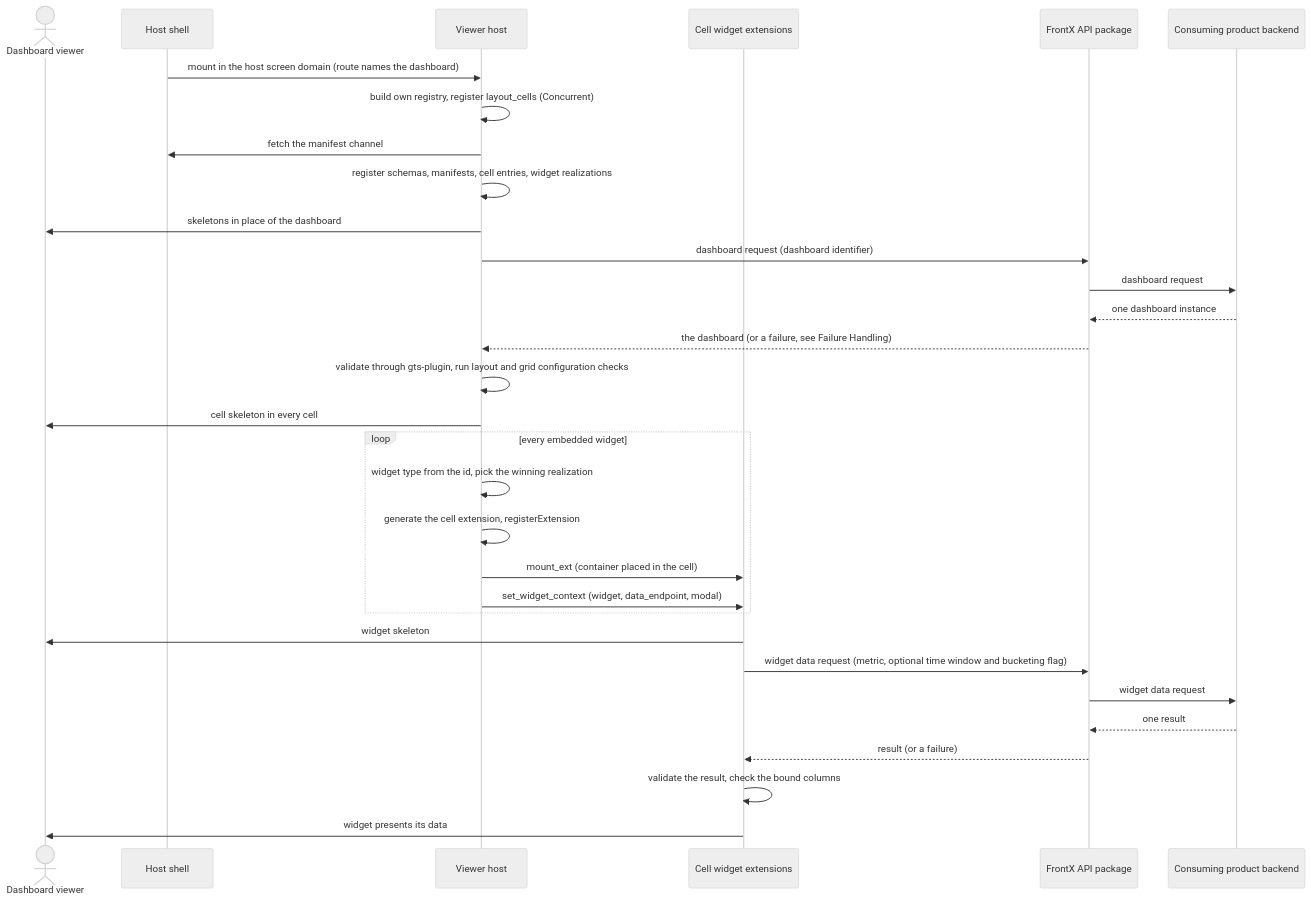
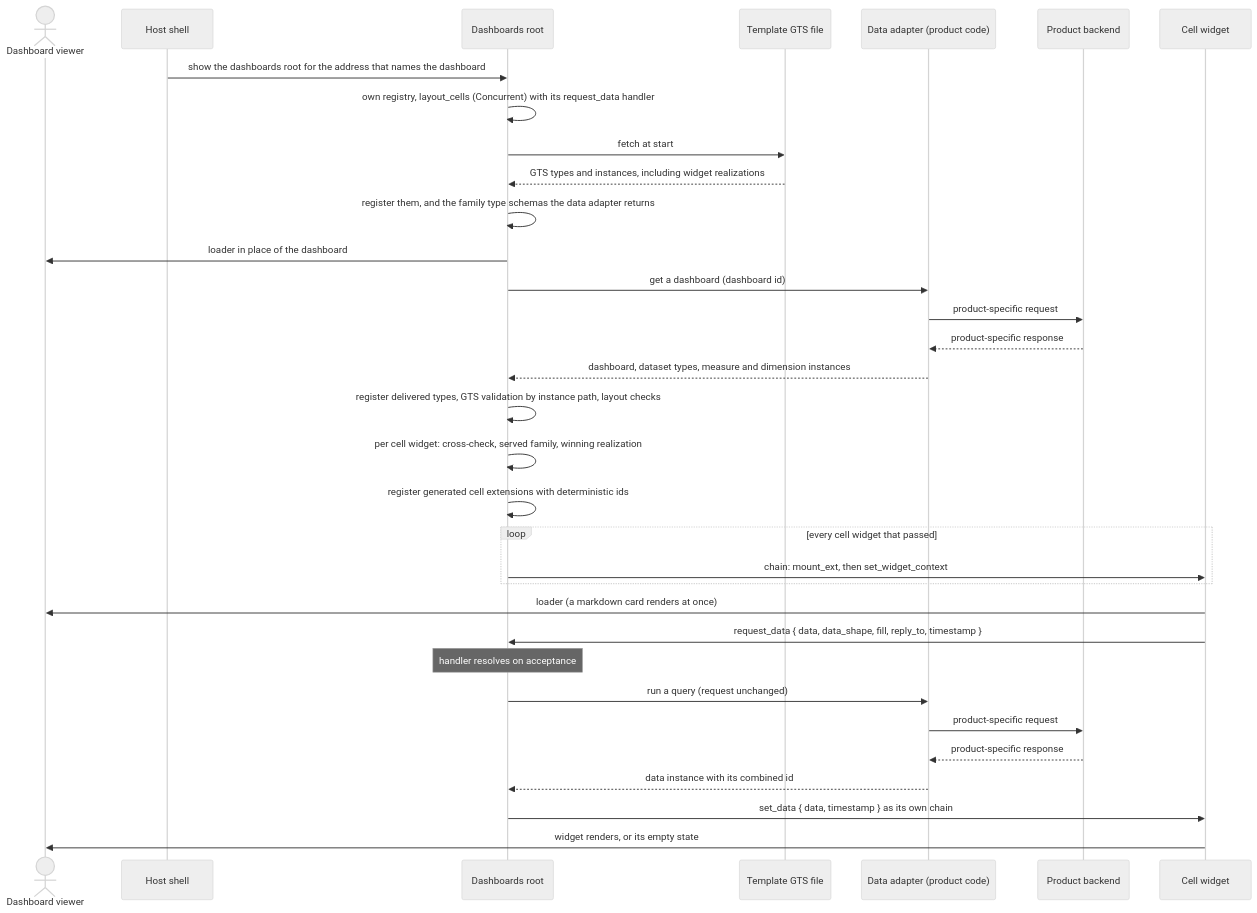
Before and after one commit to AndrejK666/gears-frontx-templates: the third of 11 diagrams in template-dashboard/architecture/DESIGN.md, drawn with Mermaid (neutral theme). The commit also changed other lines of this file and 25 other files, not shown here.

Commit message:
docs: sdlc updated with the declarative data query

````diff
--- a/template-dashboard/architecture/DESIGN.md
+++ b/template-dashboard/architecture/DESIGN.md
@@ -765,34 +985,36 @@
 ```mermaid
 sequenceDiagram
     actor U as Dashboard viewer
     participant SH as Host shell
-    participant VH as Viewer host
-    participant CW as Cell widget extensions
-    participant API as FrontX API package
-    participant BE as Consuming product backend
+    participant DR as Dashboards root
+    participant GF as Template GTS file
+    participant DA as Data adapter (product code)
+    participant BE as Product backend
+    participant CW as Cell widget
 
-    SH->>VH: mount in the host screen domain (route names the dashboard)
-    VH->>VH: build own registry, register layout_cells (Concurrent)
-    VH->>SH: fetch the manifest channel
-    VH->>VH: register schemas, manifests, cell entries, widget realizations
-    VH->>U: skeletons in place of the dashboard
-    VH->>API: dashboard request (dashboard identifier)
-    API->>BE: dashboard request
-    BE-->>API: one dashboard instance
-    API-->>VH: the dashboard (or a failure, see Failure Handling)
-    VH->>VH: validate through gts-plugin, run layout and grid configuration checks
-    VH->>U: cell skeleton in every cell
-    loop every embedded widget
-        VH->>VH: widget type from the id, pick the winning realization
-        VH->>VH: generate the cell extension, registerExtension
-        VH->>CW: mount_ext (container placed in the cell)
-        VH->>CW: set_widget_context (widget, data_endpoint, modal)
+    SH->>DR: show the dashboards root for the address that names the dashboard
+    DR->>DR: own registry, layout_cells (Concurrent) with its request_data handler
+    DR->>GF: fetch at start
+    GF-->>DR: GTS types and instances, including widget realizations
+    DR->>DR: register them, and the family type schemas the data adapter returns
+    DR->>U: loader in place of the dashboard
+    DR->>DA: get a dashboard (dashboard id)
+    DA->>BE: product-specific request
+    BE-->>DA: product-specific response
+    DA-->>DR: dashboard, dataset types, measure and dimension instances
+    DR->>DR: register delivered types, GTS validation by instance path, layout checks
+    DR->>DR: per cell widget: cross-check, served family, winning realization
+    DR->>DR: register generated cell extensions with deterministic ids
+    loop every cell widget that passed
+        DR->>CW: chain: mount_ext, then set_widget_context
     end
-    CW->>U: widget skeleton
-    CW->>API: widget data request (metric, optional time window and bucketing flag)
-    API->>BE: widget data request
-    BE-->>API: one result
-    API-->>CW: result (or a failure)
-    CW->>CW: validate the result, check the bound columns
-    CW->>U: widget presents its data
+    CW->>U: loader (a markdown card renders at once)
+    CW->>DR: request_data { data, data_shape, fill, reply_to, timestamp }
+    Note over DR: handler resolves on acceptance
+    DR->>DA: run a query (request unchanged)
+    DA->>BE: product-specific request
+    BE-->>DA: product-specific response
+    DA-->>DR: data instance with its combined id
+    DR->>CW: set_data { data, timestamp } as its own chain
+    CW->>U: widget renders, or its empty state
 ```
````
